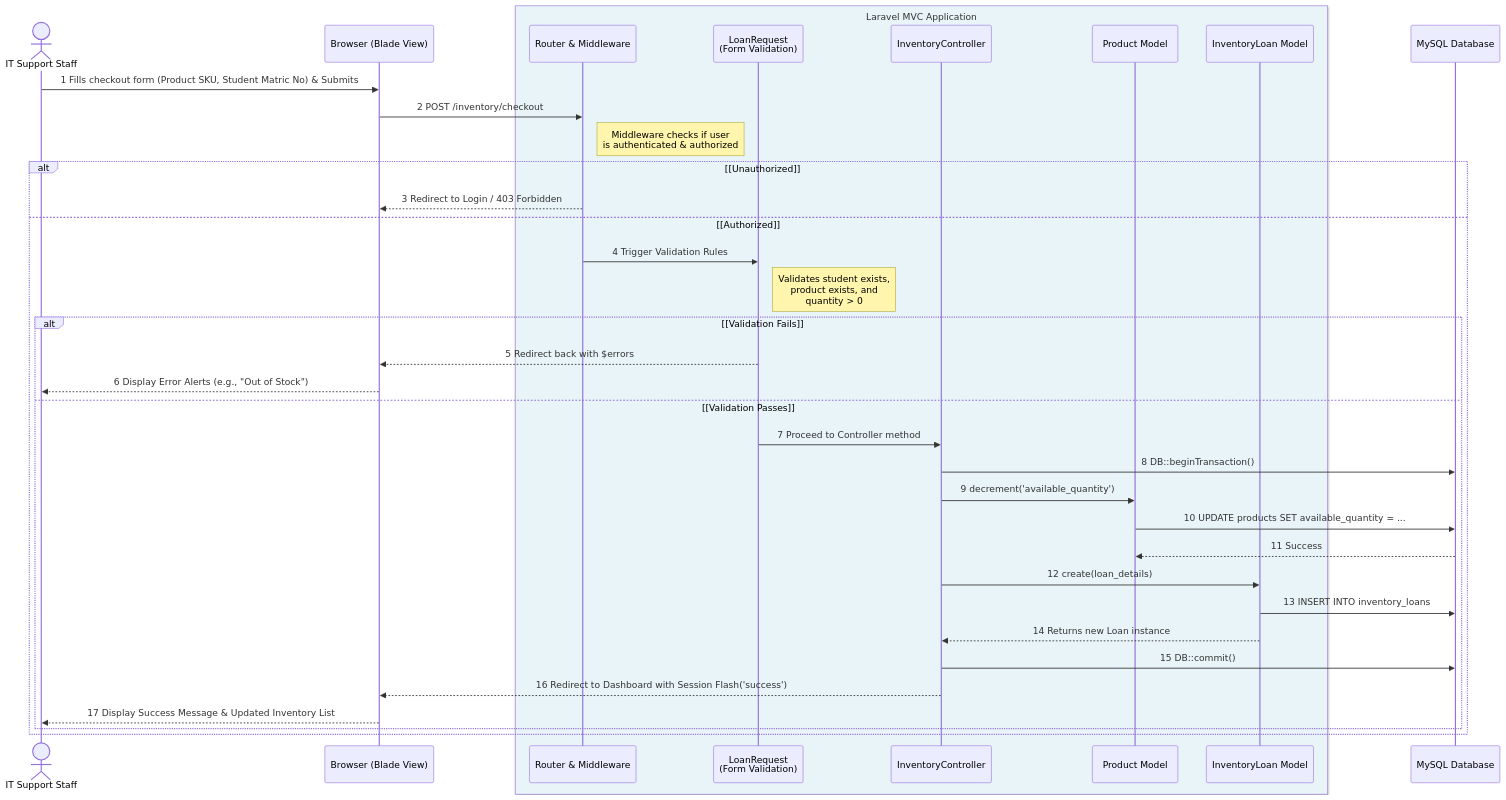
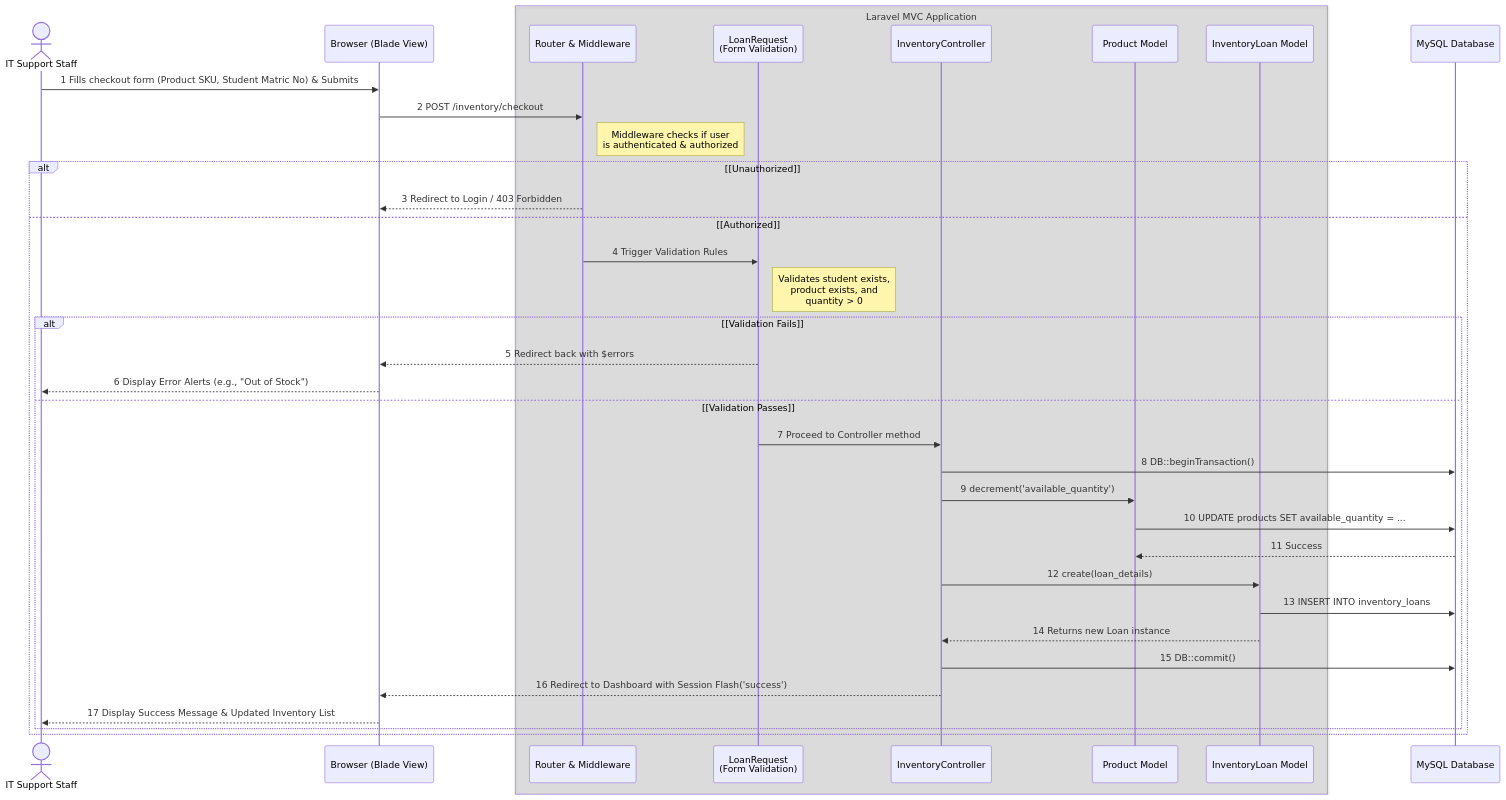
The fourth of 4 diagrams in README.md (ColonizerFx/BigRadarProject), drawn with Mermaid before and after one commit.

Commit message:
docs: update mermaid sequence diagram box background color

````diff
--- a/README.md
+++ b/README.md
@@ -337,50 +337,50 @@
 ```mermaid
 sequenceDiagram
     actor IT as IT Support Staff
     participant Browser as Browser (Blade View)
     
-    box rgb(232, 244, 248) Laravel MVC Application
+    box rgba(128, 128, 128, 0.2) Laravel MVC Application
         participant Router as Router & Middleware
         participant Validator as LoanRequest<br/>(Form Validation)
         participant Controller as InventoryController
         participant Product as Product Model
         participant Loan as InventoryLoan Model
     end
     
     participant DB as MySQL Database
 
     IT->>Browser: 1 Fills checkout form (Product SKU, Student Matric No) & Submits
     Browser->>Router: 2 POST /inventory/checkout
     
     Note right of Router: Middleware checks if user<br/>is authenticated & authorized
     
     alt [Unauthorized]
         Router-->>Browser: 3 Redirect to Login / 403 Forbidden
     else [Authorized]
         Router->>Validator: 4 Trigger Validation Rules
         
         Note right of Validator: Validates student exists,<br/>product exists, and<br/>quantity > 0
         
         alt [Validation Fails]
             Validator-->>Browser: 5 Redirect back with $errors
             Browser-->>IT: 6 Display Error Alerts (e.g., "Out of Stock")
         else [Validation Passes]
             Validator->>Controller: 7 Proceed to Controller method
             
             Controller->>DB: 8 DB::beginTransaction()
             
             Controller->>Product: 9 decrement('available_quantity')
             Product->>DB: 10 UPDATE products SET available_quantity = ...
             DB-->>Product: 11 Success
             
             Controller->>Loan: 12 create(loan_details)
             Loan->>DB: 13 INSERT INTO inventory_loans
             Loan-->>Controller: 14 Returns new Loan instance
             
             Controller->>DB: 15 DB::commit()
             
             Controller-->>Browser: 16 Redirect to Dashboard with Session Flash('success')
             Browser-->>IT: 17 Display Success Message & Updated Inventory List
         end
     end
 ```
````
